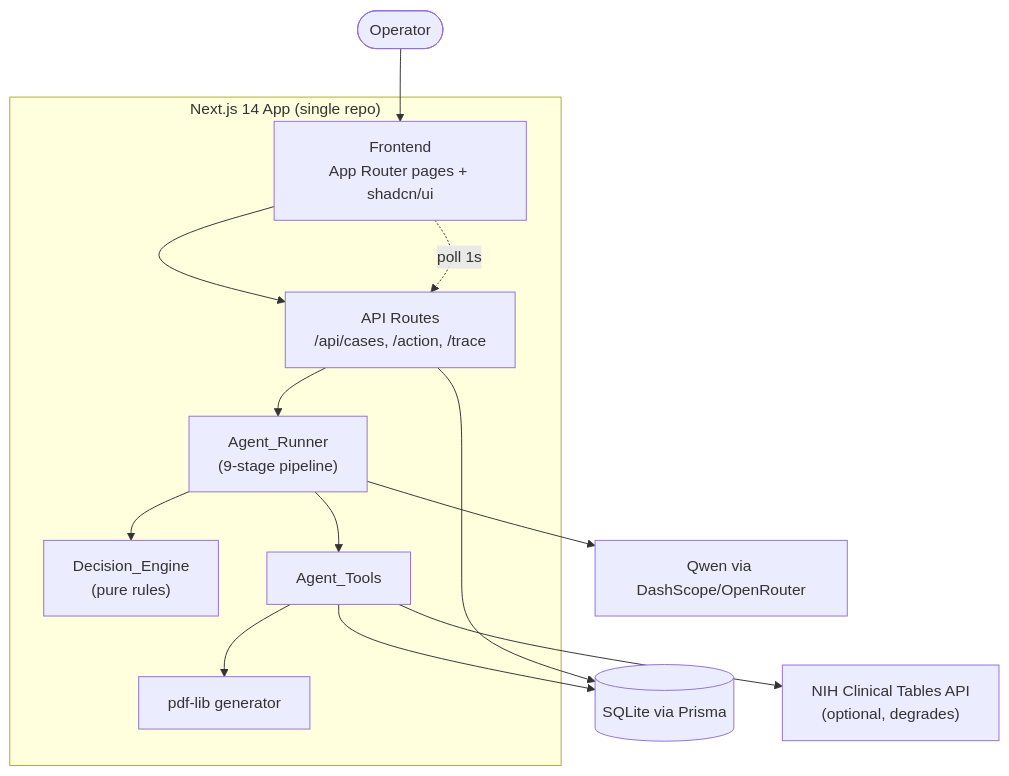
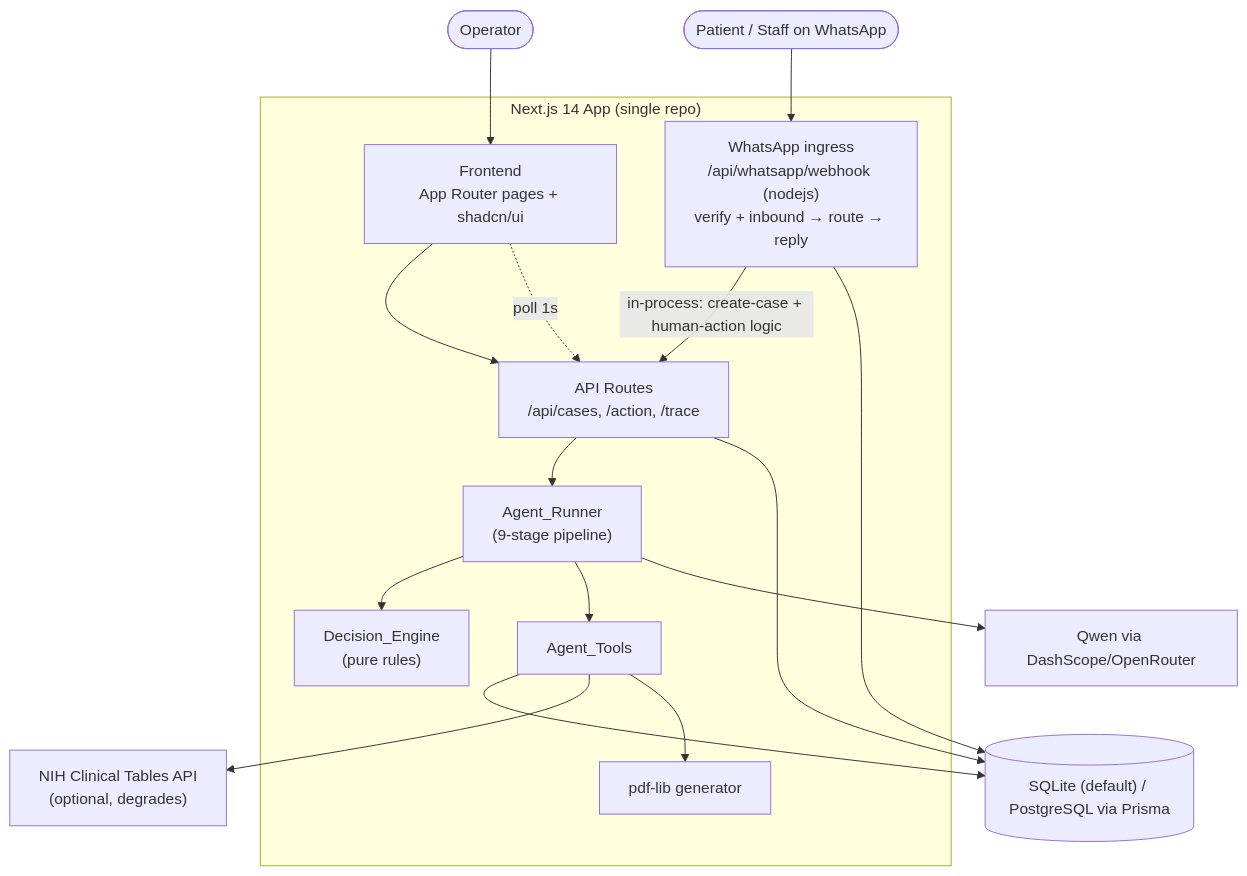
The first of 3 diagrams in .kiro/specs/authpilot/design.md (greninja-op/HOSPITAL-INSURANCE-AGENT-AUTOMATION), drawn with Mermaid before and after one commit. The commit also changed other lines of this file, not shown here.

Commit message:
Add WhatsApp channel, voice, config, deployment design + Properties 66-74

````diff
--- a/.kiro/specs/authpilot/design.md
+++ b/.kiro/specs/authpilot/design.md
@@ -36,27 +38,32 @@
 ```mermaid
 graph TB
     Operator([Operator])
+    Patient([Patient / Staff on WhatsApp])
     subgraph Next["Next.js 14 App (single repo)"]
         UI["Frontend<br/>App Router pages + shadcn/ui"]
         API["API Routes<br/>/api/cases, /action, /trace"]
+        WA["WhatsApp ingress<br/>/api/whatsapp/webhook (nodejs)<br/>verify + inbound → route → reply"]
         Runner["Agent_Runner<br/>(9-stage pipeline)"]
         Engine["Decision_Engine<br/>(pure rules)"]
         Tools["Agent_Tools"]
         PDF["pdf-lib generator"]
     end
-    DB[("SQLite via Prisma")]
+    DB[("SQLite (default) / PostgreSQL via Prisma")]
     Qwen["Qwen via DashScope/OpenRouter"]
     NIH["NIH Clinical Tables API<br/>(optional, degrades)"]
 
     Operator --> UI
+    Patient --> WA
     UI --> API
+    WA -->|in-process: create-case + human-action logic| API
     API --> Runner
     Runner --> Engine
     Runner --> Tools
     Runner --> Qwen
     Tools --> DB
     Tools --> NIH
     Tools --> PDF
     API --> DB
+    WA --> DB
     UI -. poll 1s .-> API
 ```
````
